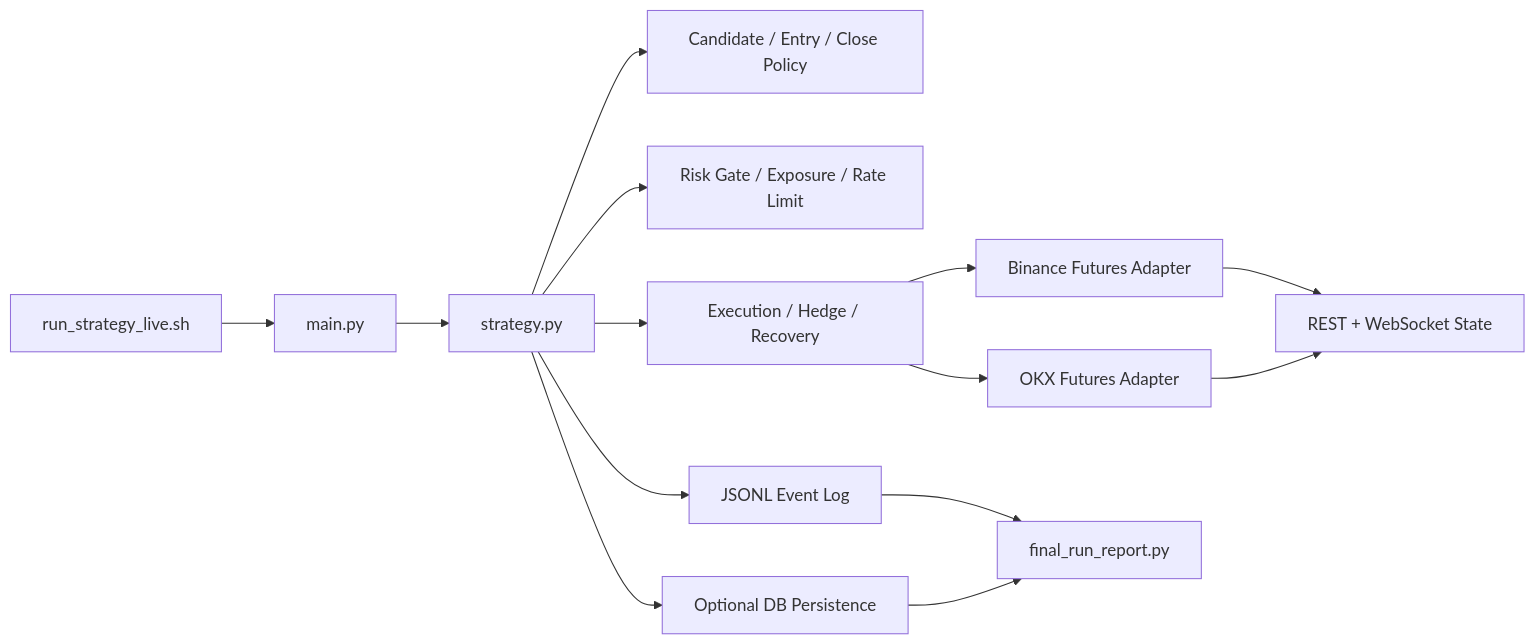
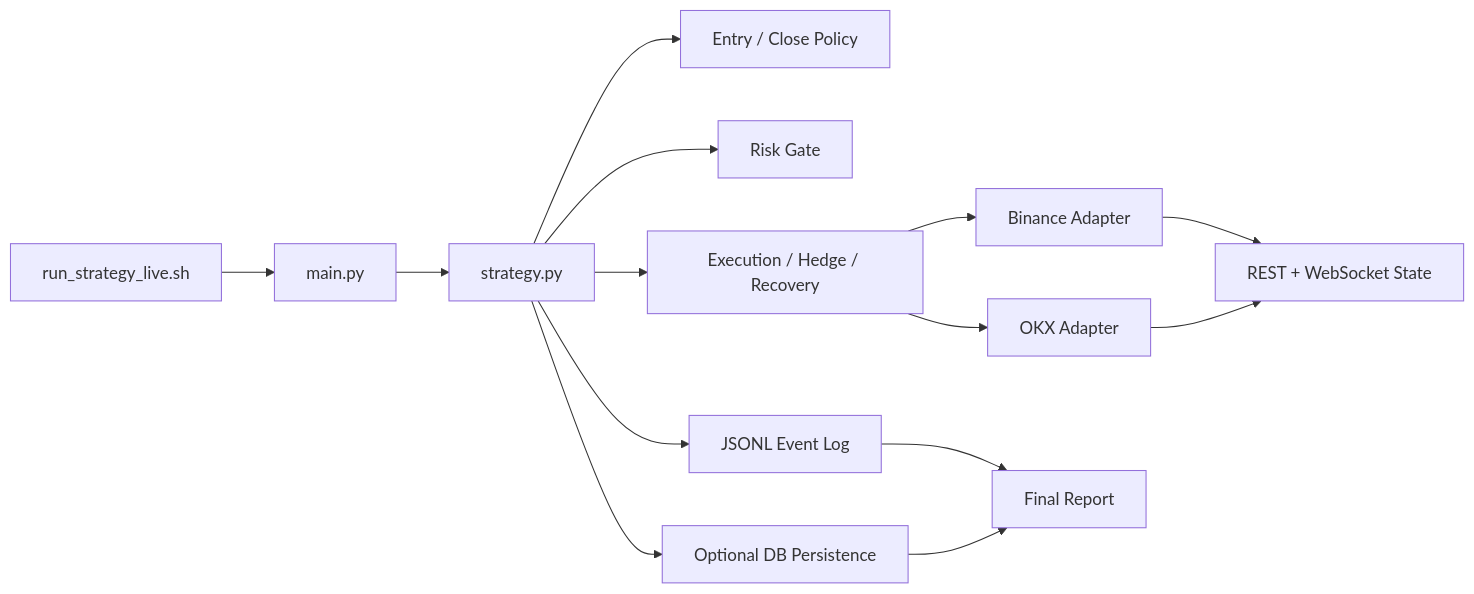
The diagram in README.md (rhwhdgks/funding-arb-engine), drawn with Mermaid before and after one commit. The commit also changed other lines of this file, not shown here.

````diff
--- a/README.md
+++ b/README.md
@@ -19,16 +27,16 @@
 ```mermaid
 flowchart LR
     A[run_strategy_live.sh] --> B[main.py]
     B --> C[strategy.py]
-    C --> D[Candidate / Entry / Close Policy]
-    C --> E[Risk Gate / Exposure / Rate Limit]
+    C --> D[Entry / Close Policy]
+    C --> E[Risk Gate]
     C --> F[Execution / Hedge / Recovery]
-    F --> G[Binance Futures Adapter]
-    F --> H[OKX Futures Adapter]
+    F --> G[Binance Adapter]
+    F --> H[OKX Adapter]
     G --> I[REST + WebSocket State]
     H --> I
     C --> J[JSONL Event Log]
     C --> K[Optional DB Persistence]
-    J --> L[final_run_report.py]
+    J --> L[Final Report]
     K --> L
 ```
````
